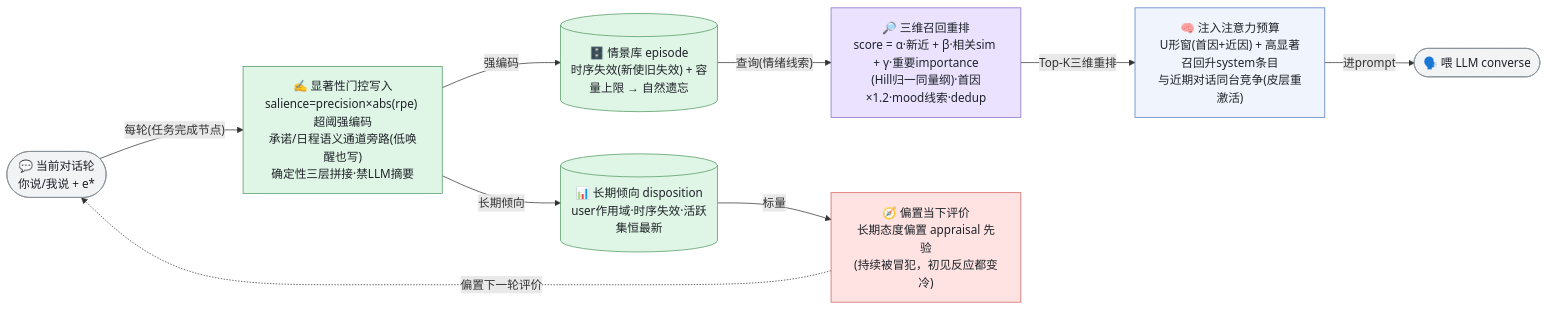
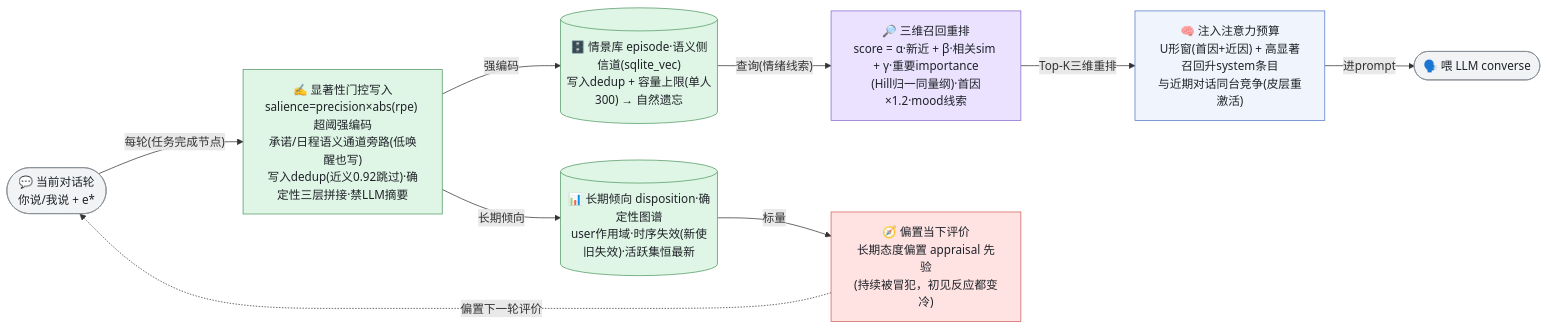
One commit to WizardHeHeJun/Zero changed the diagram in docs/v2/memory-architecture.mmd. Above: the diagram before and after it, drawn with Mermaid. The commit also changed 18 other files, not shown here.

First line of the commit message:
docs(readme+figures): 对外文档全面同步——README 深核 + .env.example 回归注释态 + 架构图集 4→8 张

```diff
--- a/docs/v2/memory-architecture.mmd
+++ b/docs/v2/memory-architecture.mmd
@@ -1,24 +1,24 @@
 flowchart LR
   turn(["💬 当前对话轮<br/>你说/我说 + e*"]):::terminal
-  write["✍️ 显著性门控写入<br/>salience=precision×abs(rpe) 超阈强编码<br/>承诺/日程语义通道旁路(低唤醒也写)<br/>确定性三层拼接·禁LLM摘要"]:::memory
-  episodes[("🗄️ 情景库 episode<br/>时序失效(新使旧失效) + 容量上限 → 自然遗忘")]:::memory
-  recall["🔎 三维召回重排<br/>score = α·新近 + β·相关sim + γ·重要importance<br/>(Hill归一同量纲)·首因×1.2·mood线索·dedup"]:::timescale
+  write["✍️ 显著性门控写入<br/>salience=precision×abs(rpe) 超阈强编码<br/>承诺/日程语义通道旁路(低唤醒也写)<br/>写入dedup(近义0.92跳过)·确定性三层拼接·禁LLM摘要"]:::memory
+  episodes[("🗄️ 情景库 episode·语义侧信道(sqlite_vec)<br/>写入dedup + 容量上限(单人300) → 自然遗忘")]:::memory
+  recall["🔎 三维召回重排<br/>score = α·新近 + β·相关sim + γ·重要importance<br/>(Hill归一同量纲)·首因×1.2·mood线索"]:::timescale
   inject["🧠 注入注意力预算<br/>U形窗(首因+近因) + 高显著召回升system条目<br/>与近期对话同台竞争(皮层重激活)"]:::appraise
   llm(["🗣️ 喂 LLM converse"]):::terminal
-  disposition[("📊 长期倾向 disposition<br/>user作用域·时序失效·活跃集恒最新")]:::memory
+  disposition[("📊 长期倾向 disposition·确定性图谱<br/>user作用域·时序失效(新使旧失效)·活跃集恒最新")]:::memory
   bias["🧭 偏置当下评价<br/>长期态度偏置 appraisal 先验<br/>(持续被冒犯，初见反应都变冷)"]:::engine
 
   turn -->|"每轮(任务完成节点)"| write
   write -->|"强编码"| episodes
   write -->|"长期倾向"| disposition
   episodes -->|"查询(情绪线索)"| recall
   recall -->|"Top-K三维重排"| inject
   inject -->|"进prompt"| llm
   disposition -->|"标量"| bias
   bias -.->|"偏置下一轮评价"| turn
 
   classDef terminal fill:#F1F3F5,stroke:#868E96,color:#1F2329
   classDef appraise fill:#F0F4FC,stroke:#5178C6,color:#1F2329
   classDef engine fill:#FEE3E2,stroke:#D25D5A,color:#1F2329
   classDef timescale fill:#EAE2FE,stroke:#8569CB,color:#1F2329
   classDef memory fill:#DFF5E5,stroke:#509863,color:#1F2329
```
